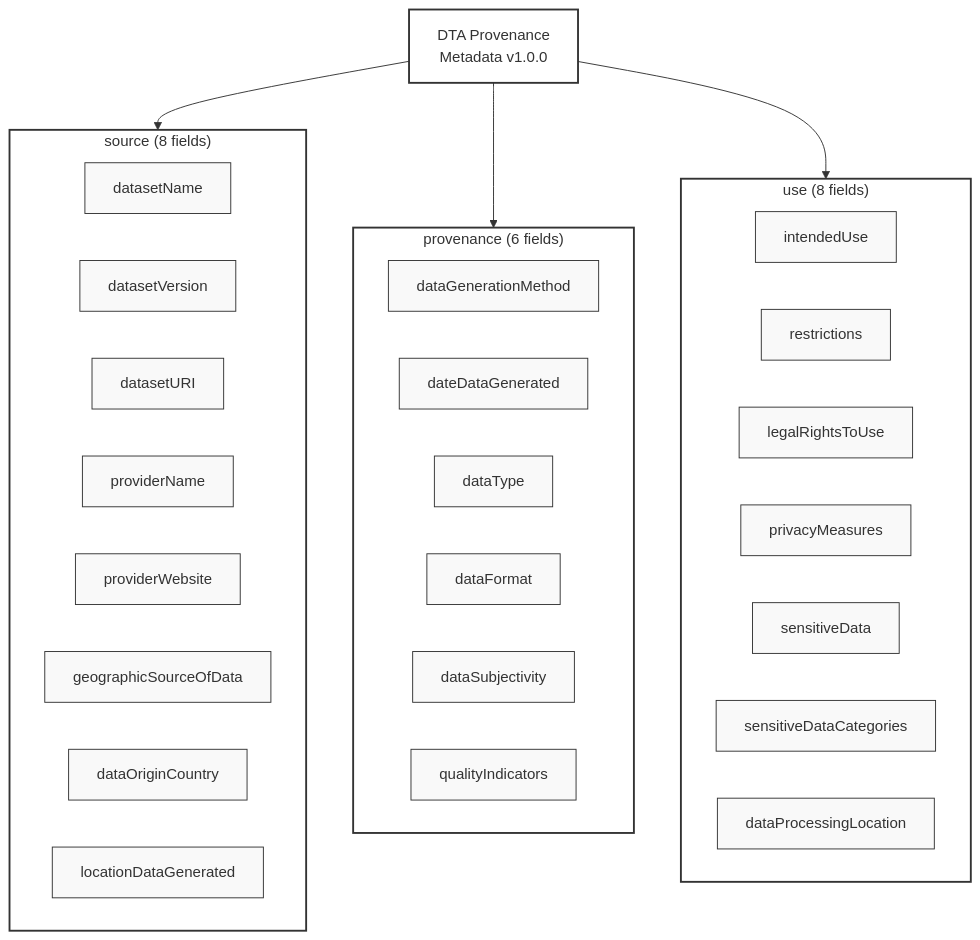
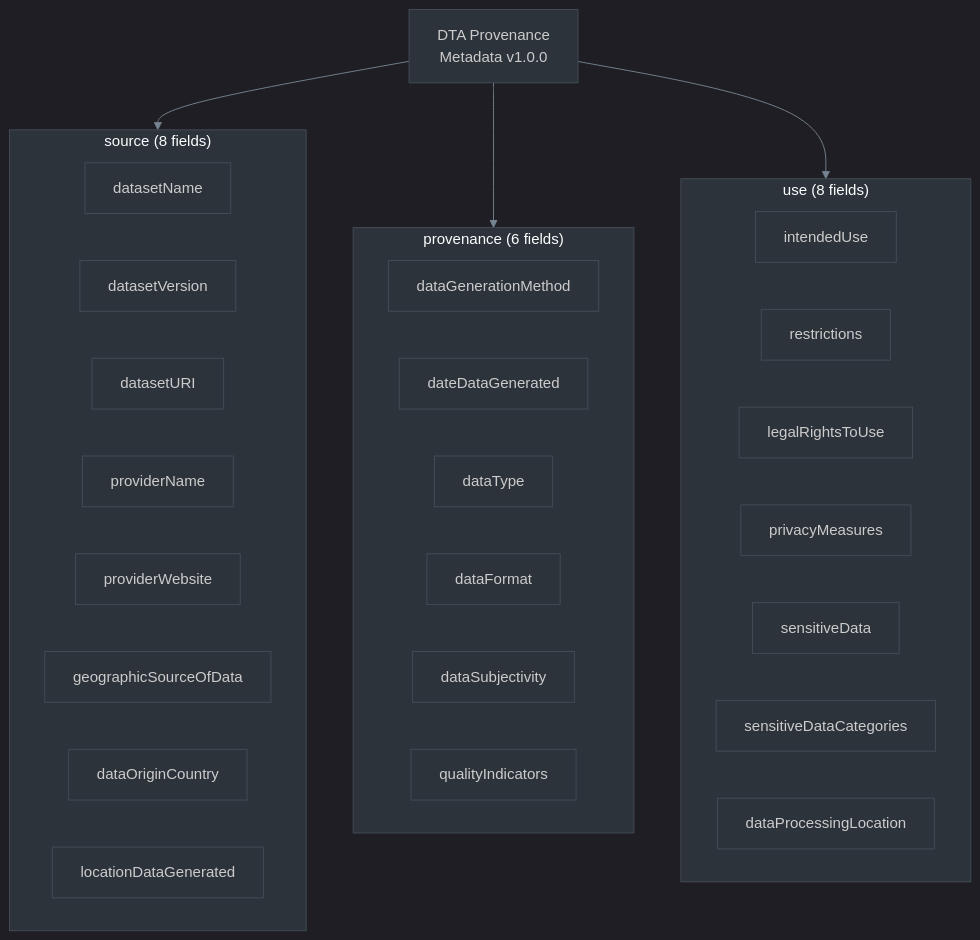
Diagram 13 of 17 in docs/ARCHITECTURE.md (Ricoledan/dta-provenance-demo), drawn with Mermaid before and after one commit. The commit also changed other lines of this file and 1 other file, not shown here.

First line of the commit message:
Update Mermaid diagrams to dark theme

````diff
--- a/docs/ARCHITECTURE.md
+++ b/docs/ARCHITECTURE.md
@@ -436,64 +365,40 @@
 ```mermaid
+%%{init: {"theme":"dark","themeVariables":{"darkMode":true,"background":"#0d1117","primaryColor":"#2d333b","primaryTextColor":"#e6edf3","primaryBorderColor":"#444c56","lineColor":"#768390","secondaryColor":"#1c2128","tertiaryColor":"#22272e","clusterBkg":"#2d333b","clusterBorder":"#444c56","nodeTextColor":"#e6edf3","mainBkg":"#2d333b","secondBkg":"#22272e","edgeLabelBackground":"#2d333b","nodeBorder":"#444c56"}}}%%
 graph TB
     Root["DTA Provenance<br/>Metadata v1.0.0"]
 
     subgraph Source["source (8 fields)"]
         S1["datasetName"]
         S2["datasetVersion"]
         S3["datasetURI"]
         S4["providerName"]
         S5["providerWebsite"]
         S6["geographicSourceOfData"]
         S7["dataOriginCountry"]
         S8["locationDataGenerated"]
     end
 
     subgraph Provenance["provenance (6 fields)"]
         P1["dataGenerationMethod"]
         P2["dateDataGenerated"]
         P3["dataType"]
         P4["dataFormat"]
         P5["dataSubjectivity"]
         P6["qualityIndicators"]
     end
 
     subgraph Use["use (8 fields)"]
         U1["intendedUse"]
         U2["restrictions"]
         U3["legalRightsToUse"]
         U4["privacyMeasures"]
         U5["sensitiveData"]
         U6["sensitiveDataCategories"]
         U7["dataProcessingLocation"]
     end
 
     Root --> Source
     Root --> Provenance
     Root --> Use
 
-    style Root fill:#fff,stroke:#333,stroke-width:2px
-    style Source fill:#fff,stroke:#333,stroke-width:2px
-    style Provenance fill:#fff,stroke:#333,stroke-width:2px
-    style Use fill:#fff,stroke:#333,stroke-width:2px
-    style S1 fill:#f9f9f9,stroke:#333,stroke-width:1px
-    style S2 fill:#f9f9f9,stroke:#333,stroke-width:1px
-    style S3 fill:#f9f9f9,stroke:#333,stroke-width:1px
-    style S4 fill:#f9f9f9,stroke:#333,stroke-width:1px
-    style S5 fill:#f9f9f9,stroke:#333,stroke-width:1px
-    style S6 fill:#f9f9f9,stroke:#333,stroke-width:1px
-    style S7 fill:#f9f9f9,stroke:#333,stroke-width:1px
-    style S8 fill:#f9f9f9,stroke:#333,stroke-width:1px
-    style P1 fill:#f9f9f9,stroke:#333,stroke-width:1px
-    style P2 fill:#f9f9f9,stroke:#333,stroke-width:1px
-    style P3 fill:#f9f9f9,stroke:#333,stroke-width:1px
-    style P4 fill:#f9f9f9,stroke:#333,stroke-width:1px
-    style P5 fill:#f9f9f9,stroke:#333,stroke-width:1px
-    style P6 fill:#f9f9f9,stroke:#333,stroke-width:1px
-    style U1 fill:#f9f9f9,stroke:#333,stroke-width:1px
-    style U2 fill:#f9f9f9,stroke:#333,stroke-width:1px
-    style U3 fill:#f9f9f9,stroke:#333,stroke-width:1px
-    style U4 fill:#f9f9f9,stroke:#333,stroke-width:1px
-    style U5 fill:#f9f9f9,stroke:#333,stroke-width:1px
-    style U6 fill:#f9f9f9,stroke:#333,stroke-width:1px
-    style U7 fill:#f9f9f9,stroke:#333,stroke-width:1px
 ```
````
